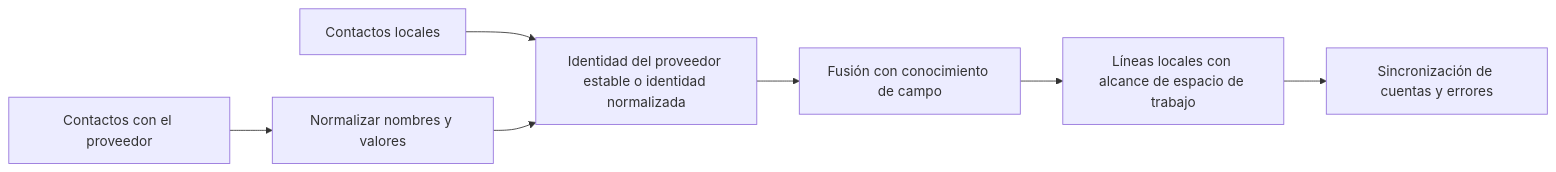
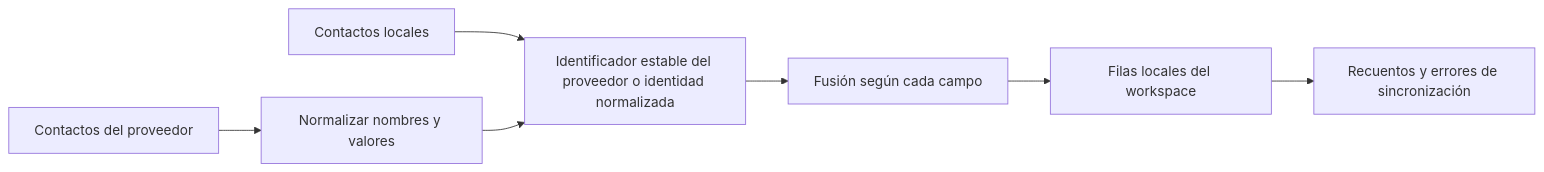
Before and after one commit to ismigar/Gnosi: the diagram in docs/engineering-es/domains/contacts.md, drawn with Mermaid. The commit also changed other lines of this file and 96 other files, not shown here.

````diff
--- a/docs/engineering-es/domains/contacts.md
+++ b/docs/engineering-es/domains/contacts.md
@@ -40,9 +54,9 @@
 ```mermaid
 flowchart LR
-    Remote["Contactos con el proveedor"] --> Normalize["Normalizar nombres y valores"]
-    Local["Contactos locales"] --> Match["Identidad del proveedor estable o identidad normalizada"]
+    Remote["Contactos del proveedor"] --> Normalize["Normalizar nombres y valores"]
+    Local["Contactos locales"] --> Match["Identificador estable del proveedor o identidad normalizada"]
     Normalize --> Match
-    Match --> Merge["Fusión con conocimiento de campo"]
-    Merge --> Persist["Líneas locales con alcance de espacio de trabajo"]
-    Persist --> Status["Sincronización de cuentas y errores"]
+    Match --> Merge["Fusión según cada campo"]
+    Merge --> Persist["Filas locales del workspace"]
+    Persist --> Status["Recuentos y errores de sincronización"]
 ```
````
